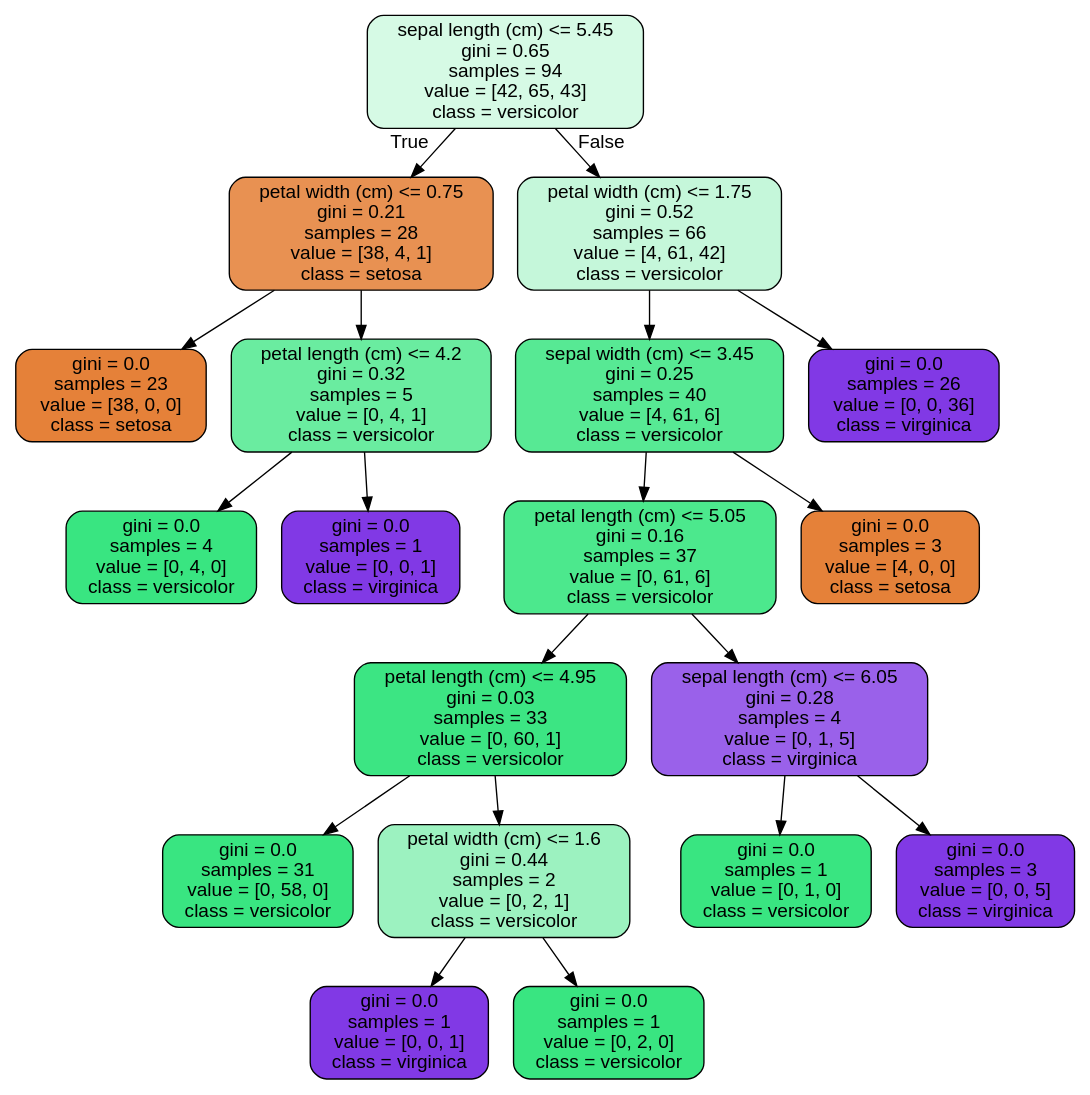
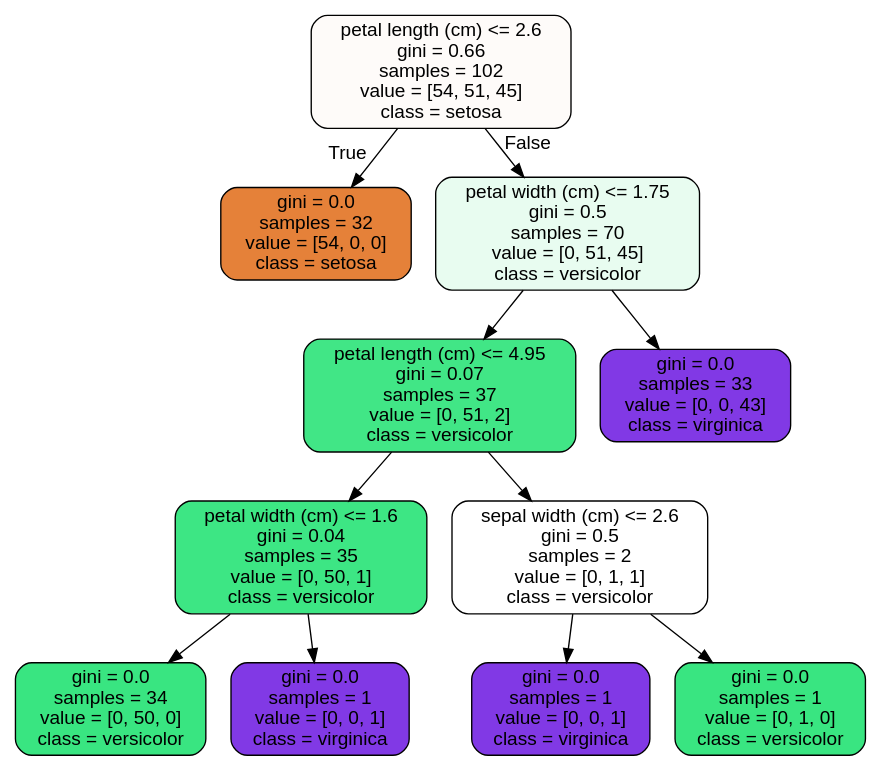
The diagram in RandomForestCovid/tree.dot (Erik1120/SpringboardProject), drawn with Graphviz before and after one commit. The commit also changed 1 other file, not shown here.

```diff
--- a/RandomForestCovid/tree.dot
+++ b/RandomForestCovid/tree.dot
@@ -1,41 +1,25 @@
 digraph Tree {
 node [shape=box, style="filled, rounded", color="black", fontname=helvetica] ;
 edge [fontname=helvetica] ;
-0 [label="sepal length (cm) <= 5.45\ngini = 0.65\nsamples = 94\nvalue = [42, 65, 43]\nclass = versicolor", fillcolor="#d6fae5"] ;
-1 [label="petal width (cm) <= 0.75\ngini = 0.21\nsamples = 28\nvalue = [38, 4, 1]\nclass = setosa", fillcolor="#e89152"] ;
+0 [label="petal length (cm) <= 2.6\ngini = 0.66\nsamples = 102\nvalue = [54, 51, 45]\nclass = setosa", fillcolor="#fefbf9"] ;
+1 [label="gini = 0.0\nsamples = 32\nvalue = [54, 0, 0]\nclass = setosa", fillcolor="#e58139"] ;
 0 -> 1 [labeldistance=2.5, labelangle=45, headlabel="True"] ;
-2 [label="gini = 0.0\nsamples = 23\nvalue = [38, 0, 0]\nclass = setosa", fillcolor="#e58139"] ;
-1 -> 2 ;
-3 [label="petal length (cm) <= 4.2\ngini = 0.32\nsamples = 5\nvalue = [0, 4, 1]\nclass = versicolor", fillcolor="#6aeca0"] ;
-1 -> 3 ;
-4 [label="gini = 0.0\nsamples = 4\nvalue = [0, 4, 0]\nclass = versicolor", fillcolor="#39e581"] ;
+2 [label="petal width (cm) <= 1.75\ngini = 0.5\nsamples = 70\nvalue = [0, 51, 45]\nclass = versicolor", fillcolor="#e8fcf0"] ;
+0 -> 2 [labeldistance=2.5, labelangle=-45, headlabel="False"] ;
+3 [label="petal length (cm) <= 4.95\ngini = 0.07\nsamples = 37\nvalue = [0, 51, 2]\nclass = versicolor", fillcolor="#41e686"] ;
+2 -> 3 ;
+4 [label="petal width (cm) <= 1.6\ngini = 0.04\nsamples = 35\nvalue = [0, 50, 1]\nclass = versicolor", fillcolor="#3de684"] ;
 3 -> 4 ;
-5 [label="gini = 0.0\nsamples = 1\nvalue = [0, 0, 1]\nclass = virginica", fillcolor="#8139e5"] ;
-3 -> 5 ;
-6 [label="petal width (cm) <= 1.75\ngini = 0.52\nsamples = 66\nvalue = [4, 61, 42]\nclass = versicolor", fillcolor="#c5f7da"] ;
-0 -> 6 [labeldistance=2.5, labelangle=-45, headlabel="False"] ;
-7 [label="sepal width (cm) <= 3.45\ngini = 0.25\nsamples = 40\nvalue = [4, 61, 6]\nclass = versicolor", fillcolor="#57e994"] ;
-6 -> 7 ;
-8 [label="petal length (cm) <= 5.05\ngini = 0.16\nsamples = 37\nvalue = [0, 61, 6]\nclass = versicolor", fillcolor="#4ce88d"] ;
+5 [label="gini = 0.0\nsamples = 34\nvalue = [0, 50, 0]\nclass = versicolor", fillcolor="#39e581"] ;
+4 -> 5 ;
+6 [label="gini = 0.0\nsamples = 1\nvalue = [0, 0, 1]\nclass = virginica", fillcolor="#8139e5"] ;
+4 -> 6 ;
+7 [label="sepal width (cm) <= 2.6\ngini = 0.5\nsamples = 2\nvalue = [0, 1, 1]\nclass = versicolor", fillcolor="#ffffff"] ;
+3 -> 7 ;
+8 [label="gini = 0.0\nsamples = 1\nvalue = [0, 0, 1]\nclass = virginica", fillcolor="#8139e5"] ;
 7 -> 8 ;
-9 [label="petal length (cm) <= 4.95\ngini = 0.03\nsamples = 33\nvalue = [0, 60, 1]\nclass = versicolor", fillcolor="#3ce583"] ;
-8 -> 9 ;
-10 [label="gini = 0.0\nsamples = 31\nvalue = [0, 58, 0]\nclass = versicolor", fillcolor="#39e581"] ;
-9 -> 10 ;
-11 [label="petal width (cm) <= 1.6\ngini = 0.44\nsamples = 2\nvalue = [0, 2, 1]\nclass = versicolor", fillcolor="#9cf2c0"] ;
-9 -> 11 ;
-12 [label="gini = 0.0\nsamples = 1\nvalue = [0, 0, 1]\nclass = virginica", fillcolor="#8139e5"] ;
-11 -> 12 ;
-13 [label="gini = 0.0\nsamples = 1\nvalue = [0, 2, 0]\nclass = versicolor", fillcolor="#39e581"] ;
-11 -> 13 ;
-14 [label="sepal length (cm) <= 6.05\ngini = 0.28\nsamples = 4\nvalue = [0, 1, 5]\nclass = virginica", fillcolor="#9a61ea"] ;
-8 -> 14 ;
-15 [label="gini = 0.0\nsamples = 1\nvalue = [0, 1, 0]\nclass = versicolor", fillcolor="#39e581"] ;
-14 -> 15 ;
-16 [label="gini = 0.0\nsamples = 3\nvalue = [0, 0, 5]\nclass = virginica", fillcolor="#8139e5"] ;
-14 -> 16 ;
-17 [label="gini = 0.0\nsamples = 3\nvalue = [4, 0, 0]\nclass = setosa", fillcolor="#e58139"] ;
-7 -> 17 ;
-18 [label="gini = 0.0\nsamples = 26\nvalue = [0, 0, 36]\nclass = virginica", fillcolor="#8139e5"] ;
-6 -> 18 ;
+9 [label="gini = 0.0\nsamples = 1\nvalue = [0, 1, 0]\nclass = versicolor", fillcolor="#39e581"] ;
+7 -> 9 ;
+10 [label="gini = 0.0\nsamples = 33\nvalue = [0, 0, 43]\nclass = virginica", fillcolor="#8139e5"] ;
+2 -> 10 ;
 }
```
